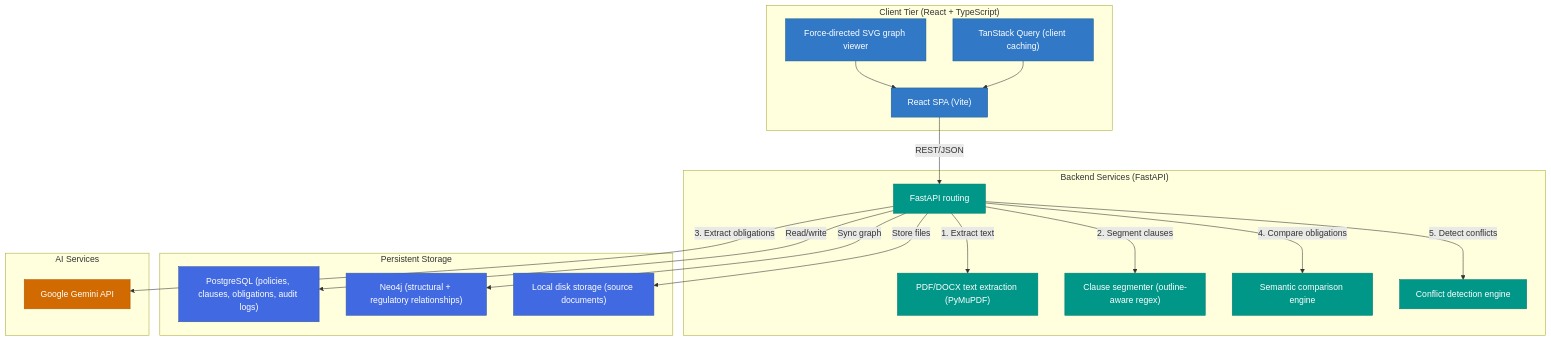
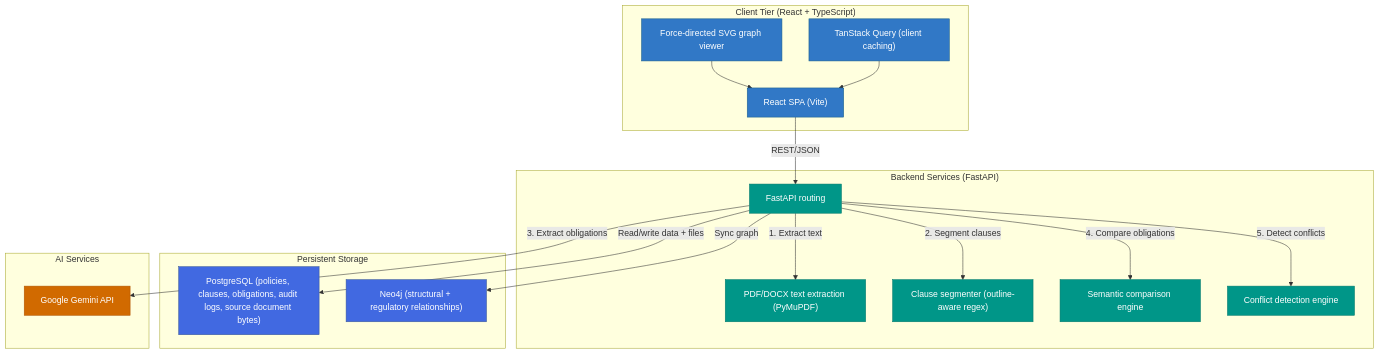
Before and after one commit to Sangamithraa077/PolicySentinel: the first of 3 diagrams in README.md, drawn with Mermaid. The commit also changed other lines of this file, not shown here.

First line of the commit message:
docs: add live deployment links and document the Render deploy fixes

````diff
--- a/README.md
+++ b/README.md
@@ -154,45 +163,43 @@
 ```mermaid
 graph TD
     classDef client fill:#3178C6,stroke:#1A5F8A,color:#fff;
     classDef server fill:#009688,stroke:#00796B,color:#fff;
     classDef db fill:#4169E1,stroke:#3B5998,color:#fff;
     classDef external fill:#D16A00,stroke:#B05500,color:#fff;
 
     subgraph Client_Tier["Client Tier (React + TypeScript)"]
         UI["React SPA (Vite)"]:::client
         Query["TanStack Query (client caching)"]:::client
         Graph["Force-directed SVG graph viewer"]:::client
     end
 
     subgraph Backend_Services["Backend Services (FastAPI)"]
         API["FastAPI routing"]:::server
         Extract["PDF/DOCX text extraction (PyMuPDF)"]:::server
         Segment["Clause segmenter (outline-aware regex)"]:::server
         Compare["Semantic comparison engine"]:::server
         Conflict["Conflict detection engine"]:::server
     end
 
     subgraph Persistent_Storage["Persistent Storage"]
-        PG["PostgreSQL (policies, clauses, obligations, audit logs)"]:::db
+        PG["PostgreSQL (policies, clauses, obligations, audit logs, source document bytes)"]:::db
         Neo4j["Neo4j (structural + regulatory relationships)"]:::db
-        Disk["Local disk storage (source documents)"]:::db
     end
 
     subgraph External_Services["AI Services"]
         Gemini["Google Gemini API"]:::external
     end
 
     UI -->|REST/JSON| API
     API -->|1. Extract text| Extract
     API -->|2. Segment clauses| Segment
     API -->|3. Extract obligations| Gemini
     API -->|4. Compare obligations| Compare
     API -->|5. Detect conflicts| Conflict
 
-    API -->|Read/write| PG
+    API -->|Read/write data + files| PG
     API -->|Sync graph| Neo4j
-    API -->|Store files| Disk
 
     Query --> UI
     Graph --> UI
 ```
````
